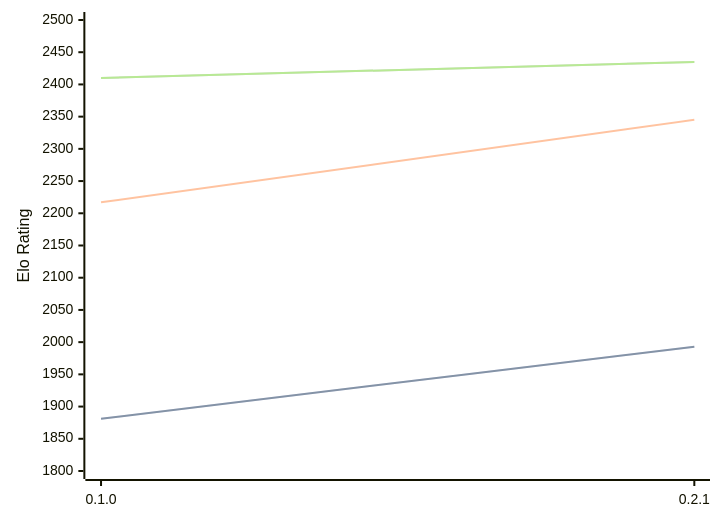
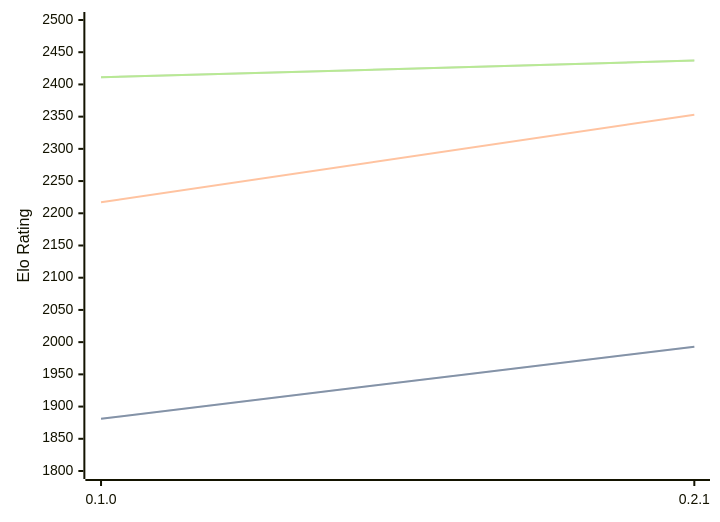
One commit to computer-chess-index/cci changed the first of 3 diagrams in engines/Sykora.md. Above: the diagram before and after it, drawn with Mermaid. The commit also changed other lines of this file, not shown here.

Commit message:
Update CCI Ratings (ELO VLTC) - 2026-07-13

````diff
--- a/engines/Sykora.md
+++ b/engines/Sykora.md
@@ -33,11 +34,11 @@
 ```mermaid
 %%{init: {"theme":"base","themeVariables":{"seriesColors:['#a3a3a3','#222221','#faa371']}}}%%
 xychart-beta
   x-axis ["0.1.0", "0.2.1"]
   y-axis "Elo Rating" 1800 --> 2500
   line "STC (8.0+0.08s)" [1881, 1993]
   line "STC (8.0+0.08s)" [1881, 1993]
-  line "LTC (60.0+0.60s)" [2217, 2345]
-  line "VLTC (2m24s+1.12s)" [2410, 2435]
-  line "VLTC (2m24s+1.12s)" [2410, 2435]
+  line "LTC (60.0+0.60s)" [2217, 2353]
+  line "VLTC (2m24s+1.12s)" [2411, 2437]
+  line "VLTC (2m24s+1.12s)" [2411, 2437]
 ```
````
